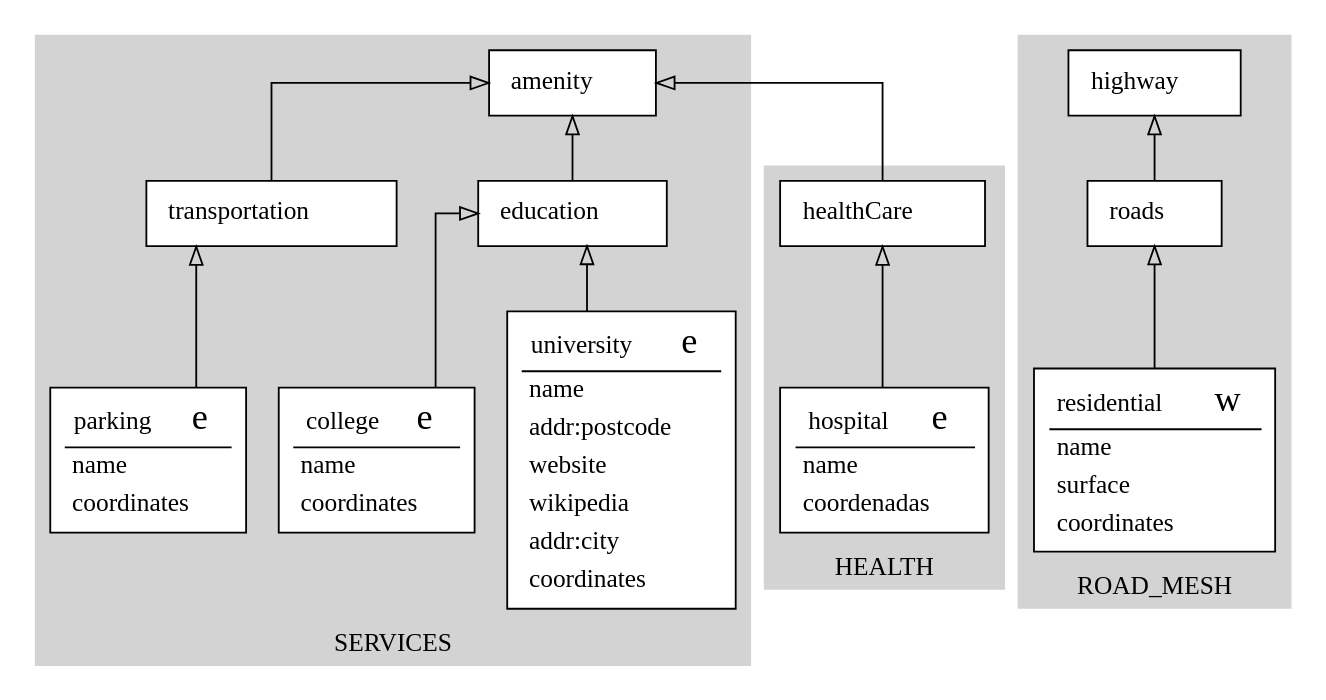
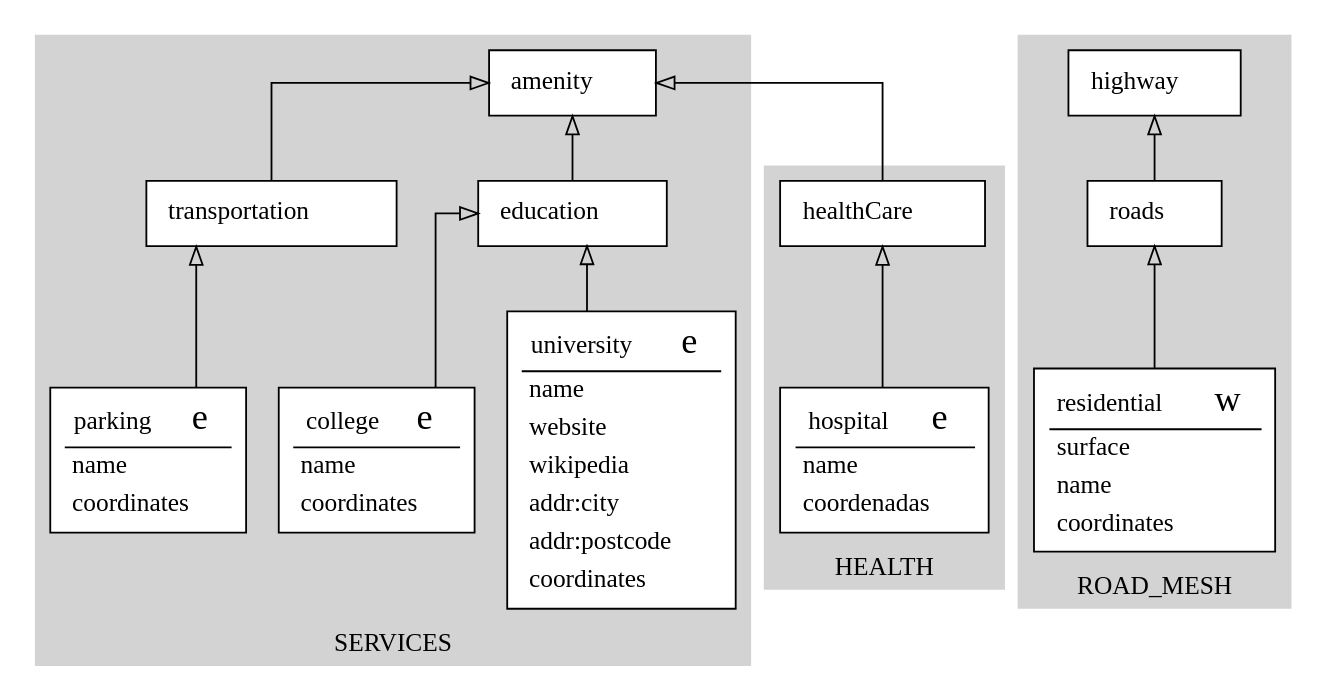
One commit to vinisperandio/OSM2Diagram_optmizated changed the diagram in schema.gv. Above: the diagram before and after it, drawn with Graphviz. The commit also changed other lines of this file and 3 other files, not shown here.

```diff
--- a/schema.gv
+++ b/schema.gv
@@ -1,150 +1,150 @@
 digraph structs { 
 	node [shape=box]
 	subgraph cluster_SERVICES {
 		node [color=black style=filled]
 		color=lightgrey style=filled
 		label=SERVICES
 		0[style = "filled, bold" penwidth = "1" fillcolor="white" label=<
 			<TABLE color="black" border="0">
 			 <TR>
 				<TD align="center"><font color="black">university</font>  
 				<font FACE="sigmoda" POINT-SIZE="20.0"> e</font></TD>
 			</TR>
 			<hr/>
 			<TR>
 				<TD align="left">name</TD>
 			 </TR>
 			<TR>
-				<TD align="left">addr:postcode</TD>
-			 </TR>
-			<TR>
 				<TD align="left">website</TD>
 			 </TR>
 			<TR>
 				<TD align="left">wikipedia</TD>
 			 </TR>
 			<TR>
 				<TD align="left">addr:city</TD>
+			 </TR>
+			<TR>
+				<TD align="left">addr:postcode</TD>
 			 </TR>
 			<TR>
 				<TD align="left">coordinates</TD>
 			 </TR>
 			</TABLE>>]
 		1[style = "filled, bold" penwidth = "1" fillcolor="white" label=<
 			<TABLE color="black" border="0">
 			 <TR>
 				<TD align="center"><font color="black">amenity</font>  </TD>
 			</TR>
 			</TABLE>>]
 		2[style = "filled, bold" penwidth = "1" fillcolor="white" label=<
 			<TABLE color="black" border="0">
 			 <TR>
 				<TD align="center"><font color="black">college</font>  
 				<font FACE="sigmoda" POINT-SIZE="20.0"> e</font></TD>
 			</TR>
 			<hr/>
 			<TR>
 				<TD align="left">name</TD>
 			 </TR>
 			<TR>
 				<TD align="left">coordinates</TD>
 			 </TR>
 			</TABLE>>]
 		3[style = "filled, bold" penwidth = "1" fillcolor="white" label=<
 			<TABLE color="black" border="0">
 			 <TR>
 				<TD align="center"><font color="black">parking</font>  
 				<font FACE="sigmoda" POINT-SIZE="20.0"> e</font></TD>
 			</TR>
 			<hr/>
 			<TR>
 				<TD align="left">name</TD>
 			 </TR>
 			<TR>
 				<TD align="left">coordinates</TD>
 			 </TR>
 			</TABLE>>]
 		4[style = "filled, bold" penwidth = "1" fillcolor="white" label=<
 			<TABLE color="black" border="0">
 			 <TR>
 				<TD align="center"><font color="black">education</font>  </TD>
 			</TR>
 			</TABLE>>]
 		5[style = "filled, bold" penwidth = "1" fillcolor="white" label=<
 			<TABLE color="black" border="0">
 			 <TR>
 				<TD align="center"><font color="black">transportation</font>  </TD>
 			</TR>
 			</TABLE>>]
 	}
 	subgraph cluster_HEALTH {
 		node [color=black style=filled]
 		color=lightgrey style=filled
 		label=HEALTH
 		6[style = "filled, bold" penwidth = "1" fillcolor="white" label=<
 			<TABLE color="black" border="0">
 			 <TR>
 				<TD align="center"><font color="black">hospital</font>  
 				<font FACE="sigmoda" POINT-SIZE="20.0"> e</font></TD>
 			</TR>
 			<hr/>
 			<TR>
 				<TD align="left">name</TD>
 			 </TR>
 			<TR>
 				<TD align="left">coordenadas</TD>
 			 </TR>
 			</TABLE>>]
 		7[style = "filled, bold" penwidth = "1" fillcolor="white" label=<
 			<TABLE color="black" border="0">
 			 <TR>
 				<TD align="center"><font color="black">healthCare</font>  </TD>
 			</TR>
 			</TABLE>>]
 	}
 	subgraph cluster_ROAD_MESH {
 		node [color=black style=filled]
 		color=lightgrey style=filled
 		label=ROAD_MESH
 		8[style = "filled, bold" penwidth = "1" fillcolor="white" label=<
 			<TABLE color="black" border="0">
 			 <TR>
 				<TD align="center"><font color="black">residential</font>  
 				<font FACE="sigmoda" POINT-SIZE="20.0"> w</font></TD>
 			</TR>
 			<hr/>
 			<TR>
-				<TD align="left">name</TD>
+				<TD align="left">surface</TD>
 			 </TR>
 			<TR>
-				<TD align="left">surface</TD>
+				<TD align="left">name</TD>
 			 </TR>
 			<TR>
 				<TD align="left">coordinates</TD>
 			 </TR>
 			</TABLE>>]
 		9[style = "filled, bold" penwidth = "1" fillcolor="white" label=<
 			<TABLE color="black" border="0">
 			 <TR>
 				<TD align="center"><font color="black">highway</font>  </TD>
 			</TR>
 			</TABLE>>]
 		10[style = "filled, bold" penwidth = "1" fillcolor="white" label=<
 			<TABLE color="black" border="0">
 			 <TR>
 				<TD align="center"><font color="black">roads</font>  </TD>
 			</TR>
 			</TABLE>>]
 	}
+		2 -> 4[arrowhead=onormal]
 		0 -> 4[arrowhead=onormal]
-		6 -> 7[arrowhead=onormal]
 		5 -> 1[arrowhead=onormal]
+		8 -> 10[arrowhead=onormal]
 		7 -> 1[arrowhead=onormal]
 		3 -> 5[arrowhead=onormal]
+		6 -> 7[arrowhead=onormal]
+		10 -> 9[arrowhead=onormal]
 		4 -> 1[arrowhead=onormal]
-		2 -> 4[arrowhead=onormal]
-		8 -> 10[arrowhead=onormal]
-		10 -> 9[arrowhead=onormal]
 	rankdir=BT
 	splines=ortho
 }
```
